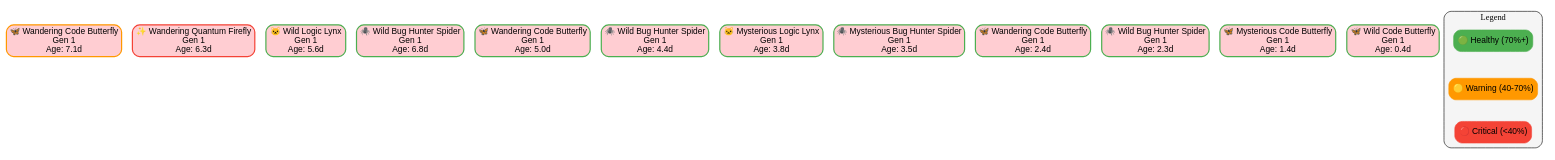
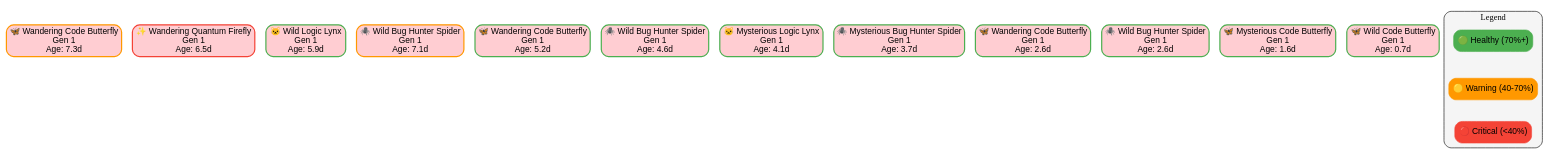
The diagram in .ecosystem/visualizations/family_tree.dot (batmac/digital-ecosystem), drawn with Graphviz before and after one commit. The commit also changed 7 other files, not shown here.

```diff
--- a/.ecosystem/visualizations/family_tree.dot
+++ b/.ecosystem/visualizations/family_tree.dot
@@ -1,107 +1,107 @@
 
 digraph EcosystemFamilyTree {
     rankdir=TB;
     node [shape=box, style="rounded,filled", fontname="Arial"];
     edge [fontname="Arial"];
     
     // Style pour différentes générations
     node [fillcolor="#E3F2FD"];
 
         "code_butterfly_1753392858_5357" [
-            label="🦋 Wandering Code Butterfly\nGen 1\nAge: 7.1d",
+            label="🦋 Wandering Code Butterfly\nGen 1\nAge: 7.3d",
             fillcolor="#FFCDD2",
             color="#FF9800",
             penwidth=2
         ];
     
         "quantum_firefly_1753393678_6656" [
-            label="✨ Wandering Quantum Firefly\nGen 1\nAge: 6.3d",
+            label="✨ Wandering Quantum Firefly\nGen 1\nAge: 6.5d",
             fillcolor="#FFCDD2",
             color="#F44336",
             penwidth=2
         ];
     
         "logic_lynx_1753394863_7694" [
-            label="🐱 Wild Logic Lynx\nGen 1\nAge: 5.6d",
+            label="🐱 Wild Logic Lynx\nGen 1\nAge: 5.9d",
             fillcolor="#FFCDD2",
             color="#4CAF50",
             penwidth=2
         ];
     
         "bug_hunter_spider_1753395214_1998" [
-            label="🕷️ Wild Bug Hunter Spider\nGen 1\nAge: 6.8d",
+            label="🕷️ Wild Bug Hunter Spider\nGen 1\nAge: 7.1d",
             fillcolor="#FFCDD2",
-            color="#4CAF50",
+            color="#FF9800",
             penwidth=2
         ];
     
         "code_butterfly_1753397153_5909" [
-            label="🦋 Wandering Code Butterfly\nGen 1\nAge: 5.0d",
+            label="🦋 Wandering Code Butterfly\nGen 1\nAge: 5.2d",
             fillcolor="#FFCDD2",
             color="#4CAF50",
             penwidth=2
         ];
     
         "bug_hunter_spider_1753401059_2910" [
-            label="🕷️ Wild Bug Hunter Spider\nGen 1\nAge: 4.4d",
+            label="🕷️ Wild Bug Hunter Spider\nGen 1\nAge: 4.6d",
             fillcolor="#FFCDD2",
             color="#4CAF50",
             penwidth=2
         ];
     
         "logic_lynx_1753403721_9188" [
-            label="🐱 Mysterious Logic Lynx\nGen 1\nAge: 3.8d",
+            label="🐱 Mysterious Logic Lynx\nGen 1\nAge: 4.1d",
             fillcolor="#FFCDD2",
             color="#4CAF50",
             penwidth=2
         ];
     
         "bug_hunter_spider_1753404040_5672" [
-            label="🕷️ Mysterious Bug Hunter Spider\nGen 1\nAge: 3.5d",
+            label="🕷️ Mysterious Bug Hunter Spider\nGen 1\nAge: 3.7d",
             fillcolor="#FFCDD2",
             color="#4CAF50",
             penwidth=2
         ];
     
         "code_butterfly_1753404111_1732" [
-            label="🦋 Wandering Code Butterfly\nGen 1\nAge: 2.4d",
+            label="🦋 Wandering Code Butterfly\nGen 1\nAge: 2.6d",
             fillcolor="#FFCDD2",
             color="#4CAF50",
             penwidth=2
         ];
     
         "bug_hunter_spider_1753417286_4988" [
-            label="🕷️ Wild Bug Hunter Spider\nGen 1\nAge: 2.3d",
+            label="🕷️ Wild Bug Hunter Spider\nGen 1\nAge: 2.6d",
             fillcolor="#FFCDD2",
             color="#4CAF50",
             penwidth=2
         ];
     
         "code_butterfly_1753431031_8187" [
-            label="🦋 Mysterious Code Butterfly\nGen 1\nAge: 1.4d",
+            label="🦋 Mysterious Code Butterfly\nGen 1\nAge: 1.6d",
             fillcolor="#FFCDD2",
             color="#4CAF50",
             penwidth=2
         ];
     
         "code_butterfly_1753431996_4261" [
-            label="🦋 Wild Code Butterfly\nGen 1\nAge: 0.4d",
+            label="🦋 Wild Code Butterfly\nGen 1\nAge: 0.7d",
             fillcolor="#FFCDD2",
             color="#4CAF50",
             penwidth=2
         ];
     
     
     // Légende
     subgraph cluster_legend {
         label="Legend";
         style="rounded,filled";
         fillcolor="#F5F5F5";
         
         legend1 [label="🟢 Healthy (70%+)", fillcolor="#4CAF50", color="#4CAF50"];
         legend2 [label="🟡 Warning (40-70%)", fillcolor="#FF9800", color="#FF9800"];
         legend3 [label="🔴 Critical (<40%)", fillcolor="#F44336", color="#F44336"];
         
         legend1 -> legend2 -> legend3 [style=invis];
     }
 }
```
